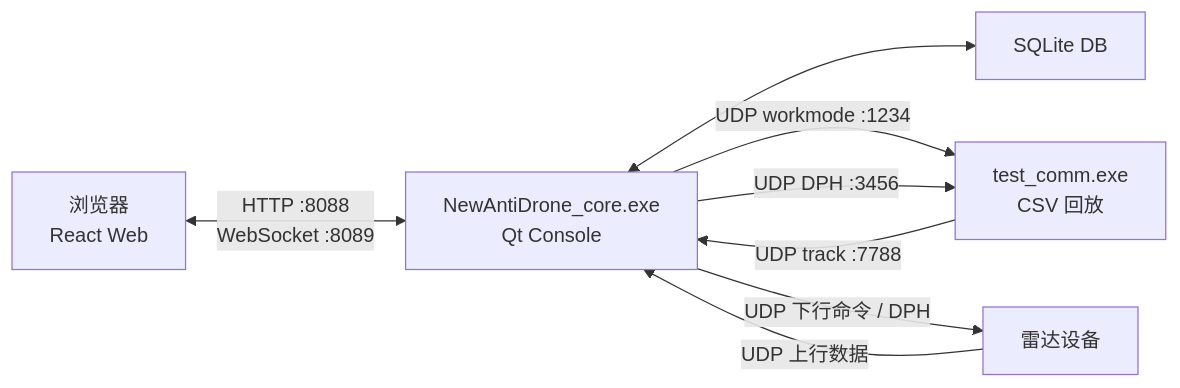
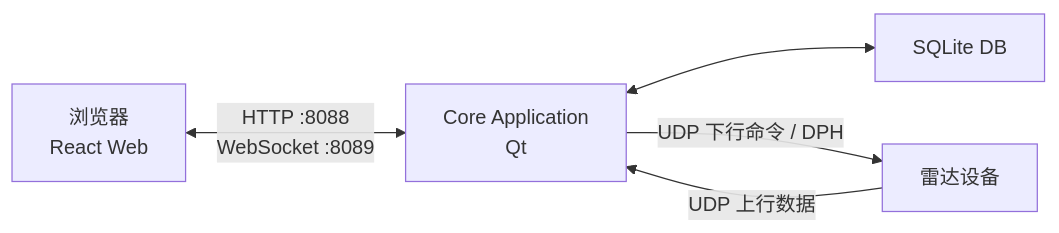
Before and after one commit to YoungL524/newAnti_arch: the first of 2 diagrams in doc/architecture/04-技术架构.md, drawn with Mermaid. The commit also changed other lines of this file and 112 other files, not shown here.

````diff
--- a/doc/architecture/04-技术架构.md
+++ b/doc/architecture/04-技术架构.md
@@ -20,17 +20,12 @@
 ```mermaid
 flowchart LR
     Browser["浏览器\nReact Web"]
-    Core["NewAntiDrone_core.exe\nQt Console"]
+    Core["Core Application\nQt"]
     DB["SQLite DB"]
-    TestComm["test_comm.exe\nCSV 回放"]
     Radar["雷达设备"]
 
     Browser <-->|"HTTP :8088\nWebSocket :8089"| Core
     Core <--> DB
-    TestComm -->|"UDP track :7788"| Core
-    Core -->|"UDP workmode :1234"| TestComm
-    Core -->|"UDP DPH :3456"| TestComm
-
     Radar -->|"UDP 上行数据"| Core
     Core -->|"UDP 下行命令 / DPH"| Radar
 ```
````
